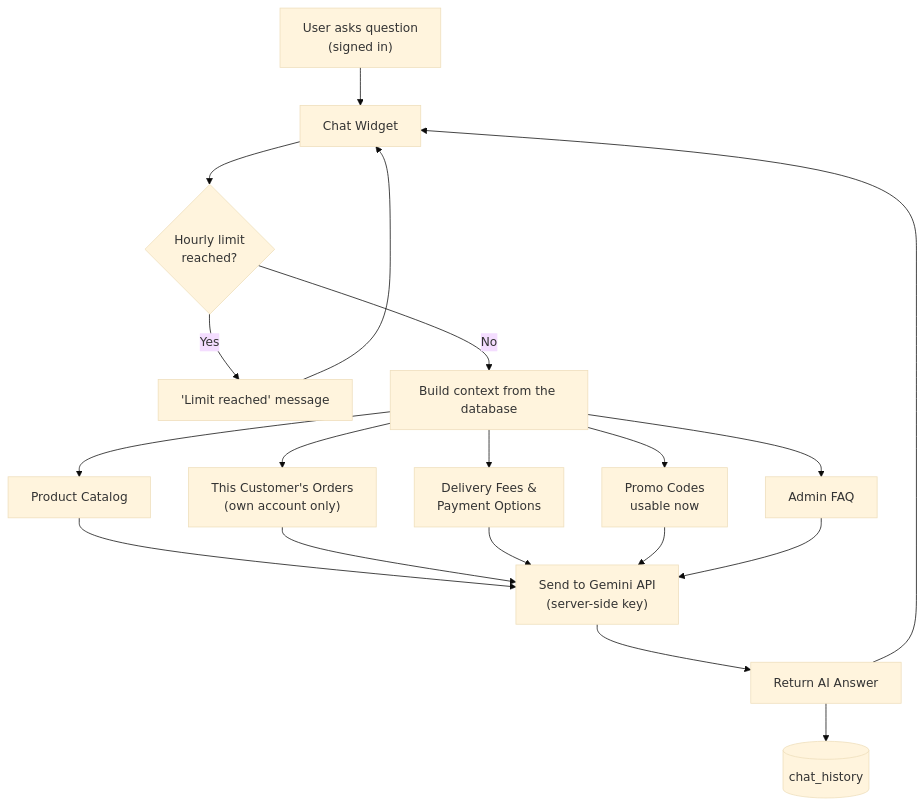
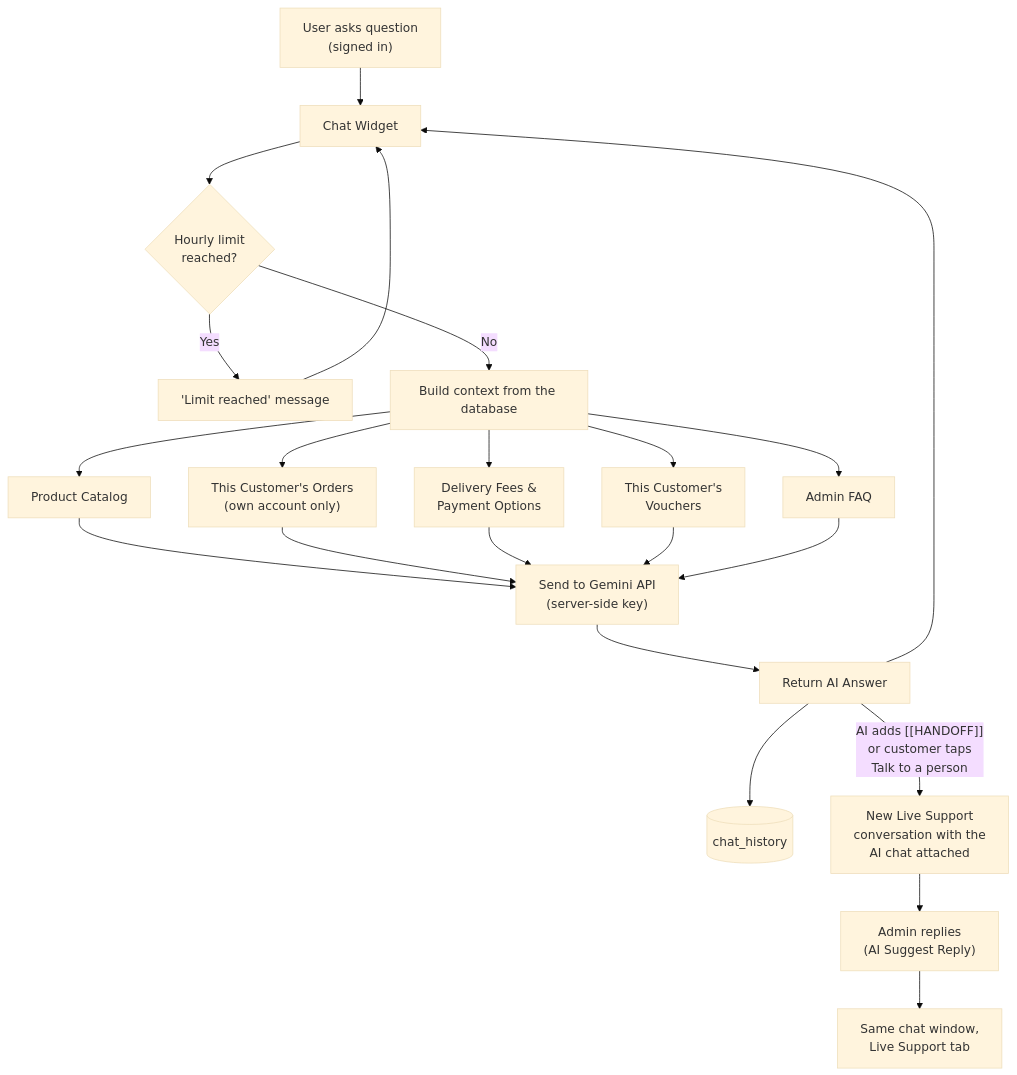
Before and after one commit to kurooo-san/THREAD-AND-PRESS-HUB: the diagram in docs/system-architecture/data flow 3.3.mmd, drawn with Mermaid (base theme). The commit also changed 31 other files, not shown here.

First line of the commit message:
Update docs and diagrams for vouchers, chat handoff and live status

```diff
--- a/docs/system-architecture/data flow 3.3.mmd
+++ b/docs/system-architecture/data flow 3.3.mmd
@@ -1,20 +1,23 @@
 %% 3.3 AI chatbot flow. The admin FAQ is part of the context sent to Gemini (no separate FAQ shortcut).
 flowchart TD
     A["User asks question<br/>(signed in)"] --> B[Chat Widget]
     B --> C{Hourly limit<br/>reached?}
     C -- Yes --> D["'Limit reached' message"]
     D --> B
     C -- No --> E["Build context from the database"]
     E --> F[Product Catalog]
     E --> G["This Customer's Orders<br/>(own account only)"]
     E --> H["Delivery Fees &<br/>Payment Options"]
-    E --> I["Promo Codes<br/>usable now"]
+    E --> I["This Customer's<br/>Vouchers"]
     E --> J[Admin FAQ]
     F --> K["Send to Gemini API<br/>(server-side key)"]
     G --> K
     H --> K
     I --> K
     J --> K
     K --> L[Return AI Answer]
     L --> M[(chat_history)]
     L --> B
+    L -- "AI adds [[HANDOFF]]<br/>or customer taps<br/>Talk to a person" --> N["New Live Support<br/>conversation with the<br/>AI chat attached"]
+    N --> O["Admin replies<br/>(AI Suggest Reply)"]
+    O --> P["Same chat window,<br/>Live Support tab"]
```
